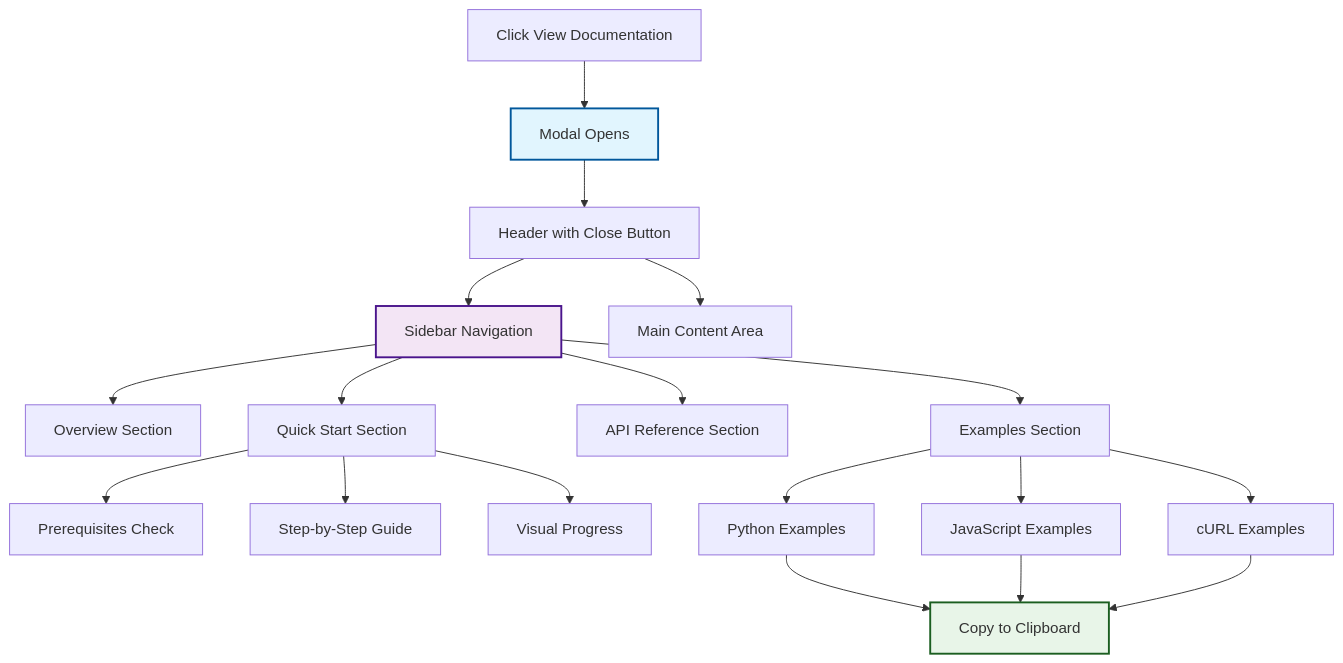
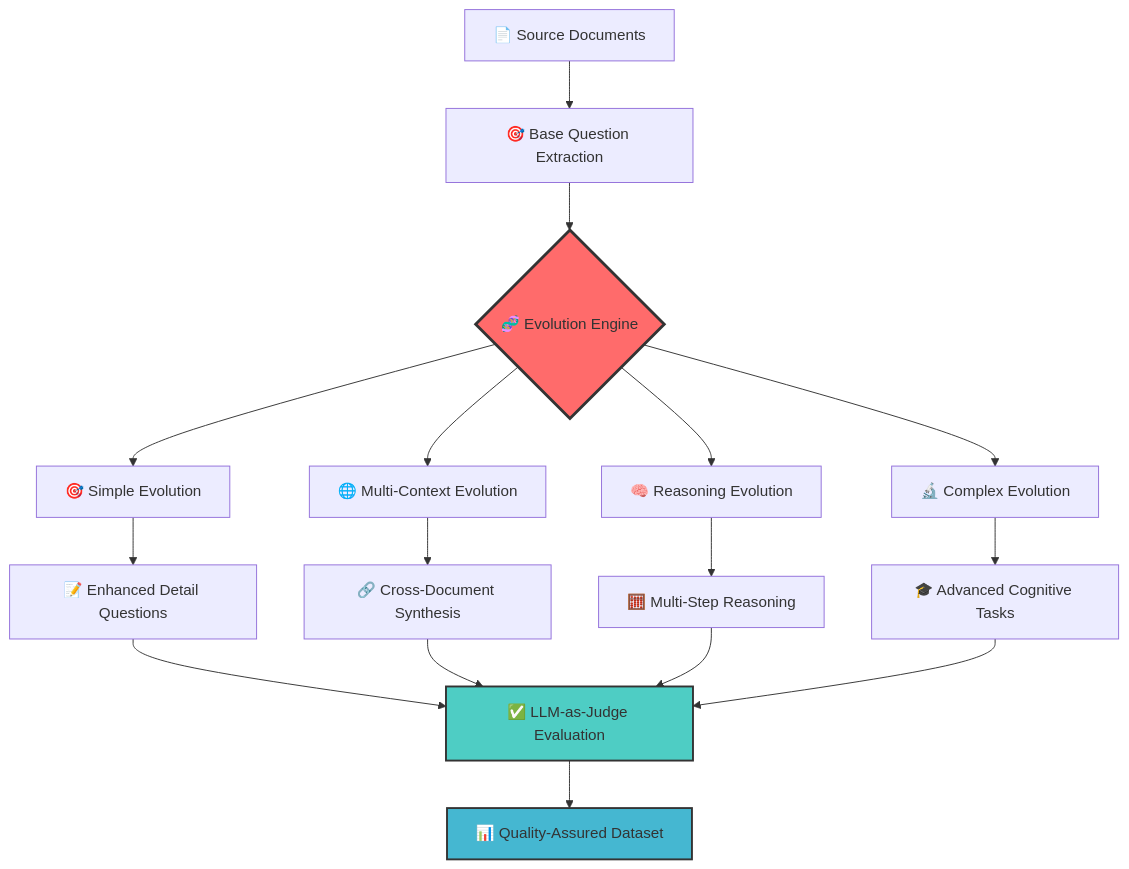
The first of 2 diagrams in README.md (ovokpus/EvolSynth-API), drawn with Mermaid before and after one commit. The commit also changed other lines of this file and 13 other files, not shown here.

````diff
--- a/README.md
+++ b/README.md
@@ -27,28 +22,26 @@
 ```mermaid
 graph TD
-    A[Click View Documentation] --> B[Modal Opens]
-    B --> C[Header with Close Button]
-    C --> D[Sidebar Navigation]
-    C --> E[Main Content Area]
+    A[📄 Source Documents] --> B[🎯 Base Question Extraction]
+    B --> C{🧬 Evolution Engine}
     
-    D --> F[Overview Section]
-    D --> G[Quick Start Section]
-    D --> H[API Reference Section]
-    D --> I[Examples Section]
+    C --> D[🎯 Simple Evolution]
+    C --> E[🌐 Multi-Context Evolution]  
+    C --> F[🧠 Reasoning Evolution]
+    C --> G[🔬 Complex Evolution]
     
-    G --> J[Prerequisites Check]
-    G --> K[Step-by-Step Guide]
-    G --> L[Visual Progress]
+    D --> H[📝 Enhanced Detail Questions]
+    E --> I[🔗 Cross-Document Synthesis]
+    F --> J[🧮 Multi-Step Reasoning]
+    G --> K[🎓 Advanced Cognitive Tasks]
     
-    I --> M[Python Examples]
-    I --> N[JavaScript Examples]
-    I --> O[cURL Examples]
+    H --> L[✅ LLM-as-Judge Evaluation]
+    I --> L
+    J --> L
+    K --> L
     
-    M --> P[Copy to Clipboard]
-    N --> P
-    O --> P
+    L --> M[📊 Quality-Assured Dataset]
     
-    style B fill:#e1f5fe,stroke:#01579b,stroke-width:2px
-    style D fill:#f3e5f5,stroke:#4a148c,stroke-width:2px
-    style P fill:#e8f5e8,stroke:#1b5e20,stroke-width:2px
+    style C fill:#ff6b6b,stroke:#333,stroke-width:3px
+    style L fill:#4ecdc4,stroke:#333,stroke-width:2px
+    style M fill:#45b7d1,stroke:#333,stroke-width:2px
 ```
````
